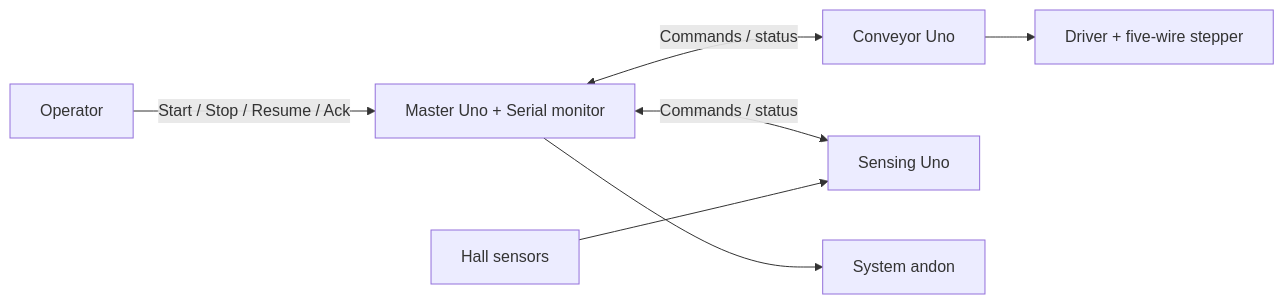
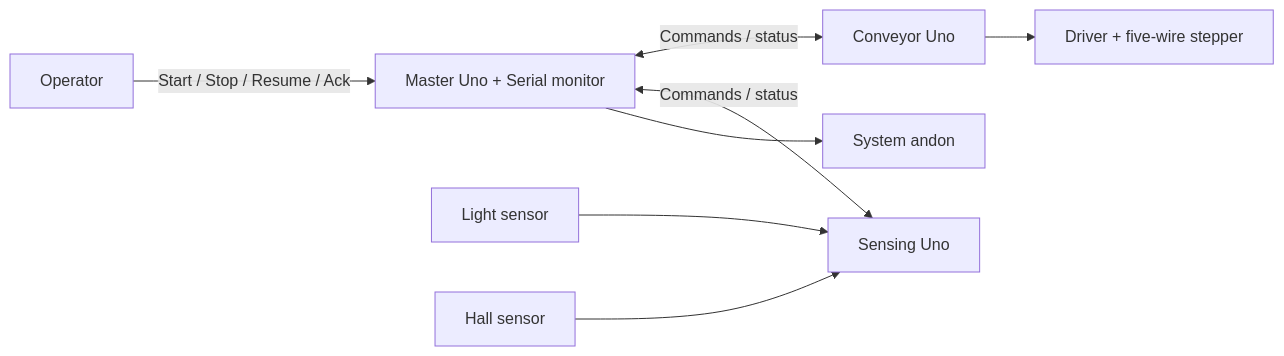
The diagram in README.md (jay-nicholson/icte4005), drawn with Mermaid before and after one commit. The commit also changed other lines of this file and 19 other files, not shown here.

````diff
--- a/README.md
+++ b/README.md
@@ -14,9 +14,10 @@
 ```mermaid
 flowchart LR
     Operator -->|Start / Stop / Resume / Ack| Master[Master Uno + Serial monitor]
     Master <-->|Commands / status| Conveyor[Conveyor Uno]
     Master <-->|Commands / status| Sensing[Sensing Uno]
     Conveyor --> Driver[Driver + five-wire stepper]
-    Halls[Hall sensors] --> Sensing
+    Light[Light sensor] --> Sensing
+    Hall[Hall sensor] --> Sensing
     Master --> Andon[System andon]
 ```
````
